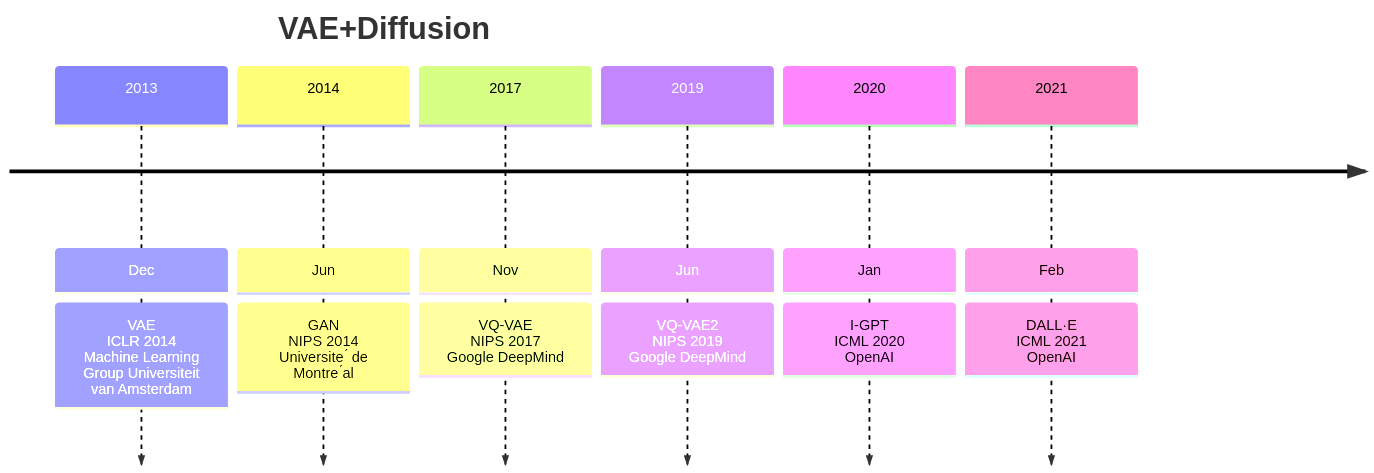
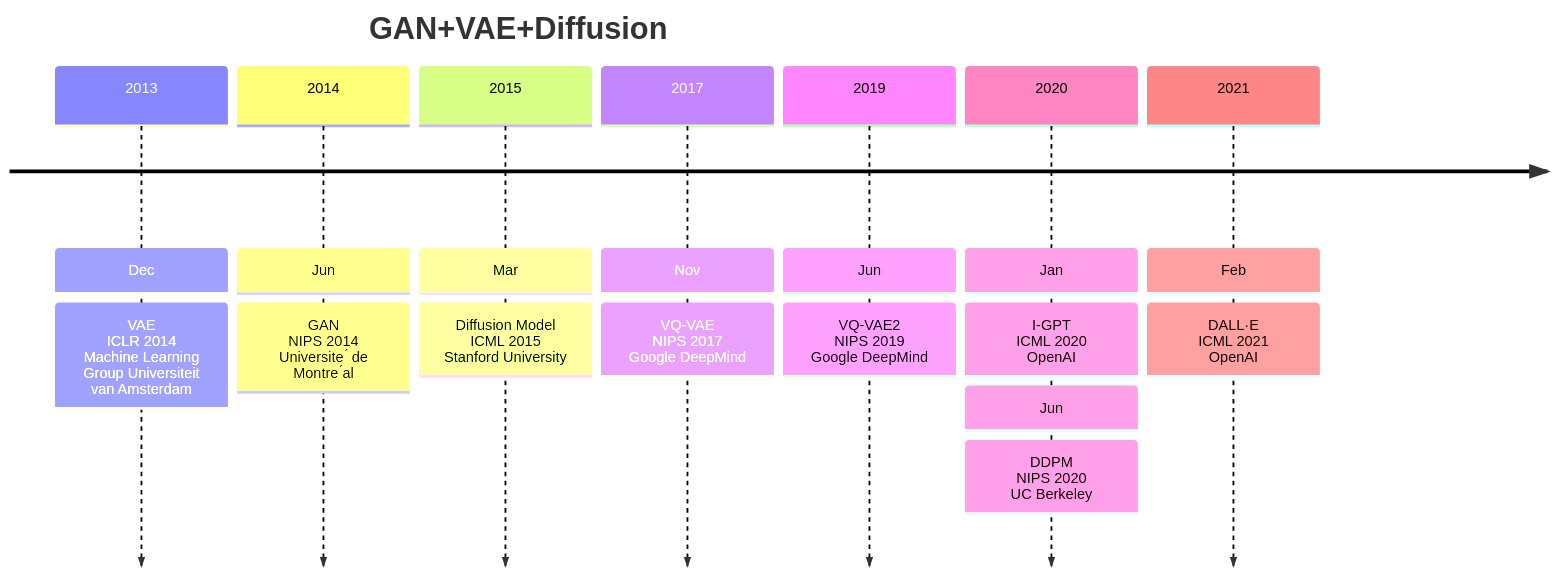
The first of 4 diagrams in Base_Model/GAN+VAE+Diffusion/analyse.md (Elephant-King9/Paper), drawn with Mermaid before and after one commit. The commit also changed other lines of this file and 5 other files, not shown here.

````diff
--- a/Base_Model/GAN+VAE+Diffusion/analyse.md
+++ b/Base_Model/GAN+VAE+Diffusion/analyse.md
@@ -5,17 +5,21 @@
 ```mermaid
 timeline
-    title VAE+Diffusion
+    title GAN+VAE+Diffusion
     2013 : Dec
     		 : VAE<br>ICLR 2014<br>Machine Learning Group Universiteit van Amsterdam
 
     2014 : Jun
     		 : GAN<br>NIPS 2014<br>Universite ́ de Montre ́al
+    2015 : Mar
+         : Diffusion Model<br>ICML 2015<br>Stanford University
     2017 : Nov
     		 : VQ-VAE<br>NIPS 2017<br>Google DeepMind
     2019 : Jun
     		 : VQ-VAE2<br>NIPS 2019<br>Google DeepMind
     2020 : Jan
     		 : I-GPT<br>ICML 2020<br>OpenAI
+    		 : Jun
+    		 : DDPM<br>NIPS 2020<br>UC Berkeley
     2021 : Feb
     		 : DALL·E<br>ICML 2021<br>OpenAI
 ```
````
